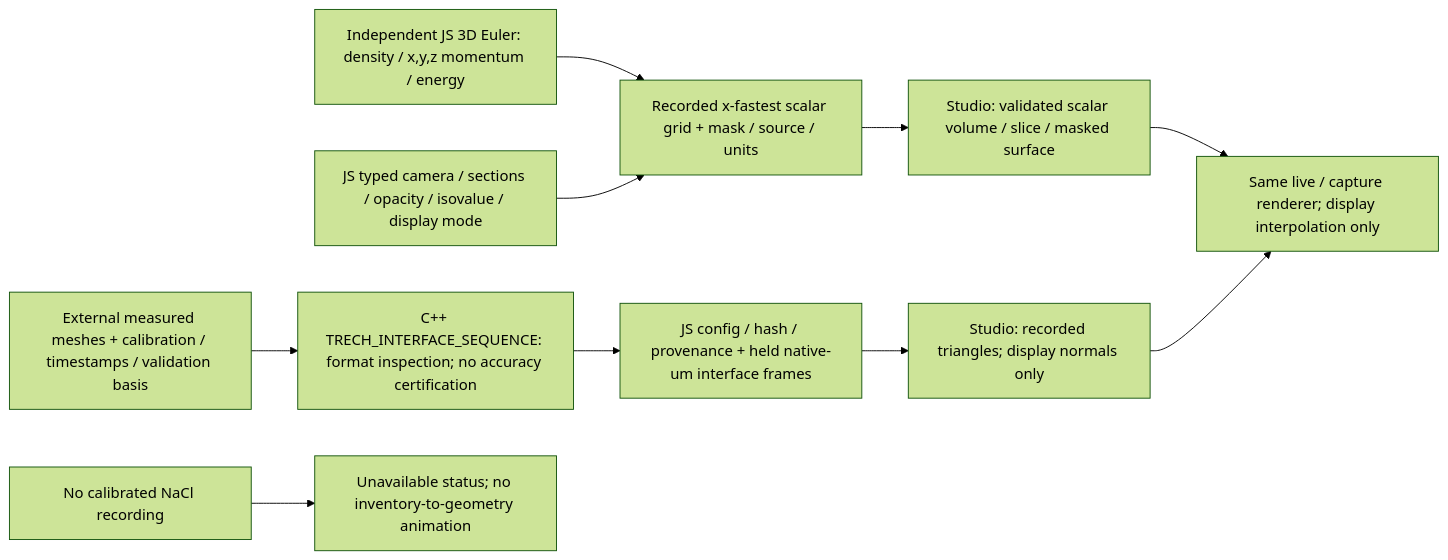
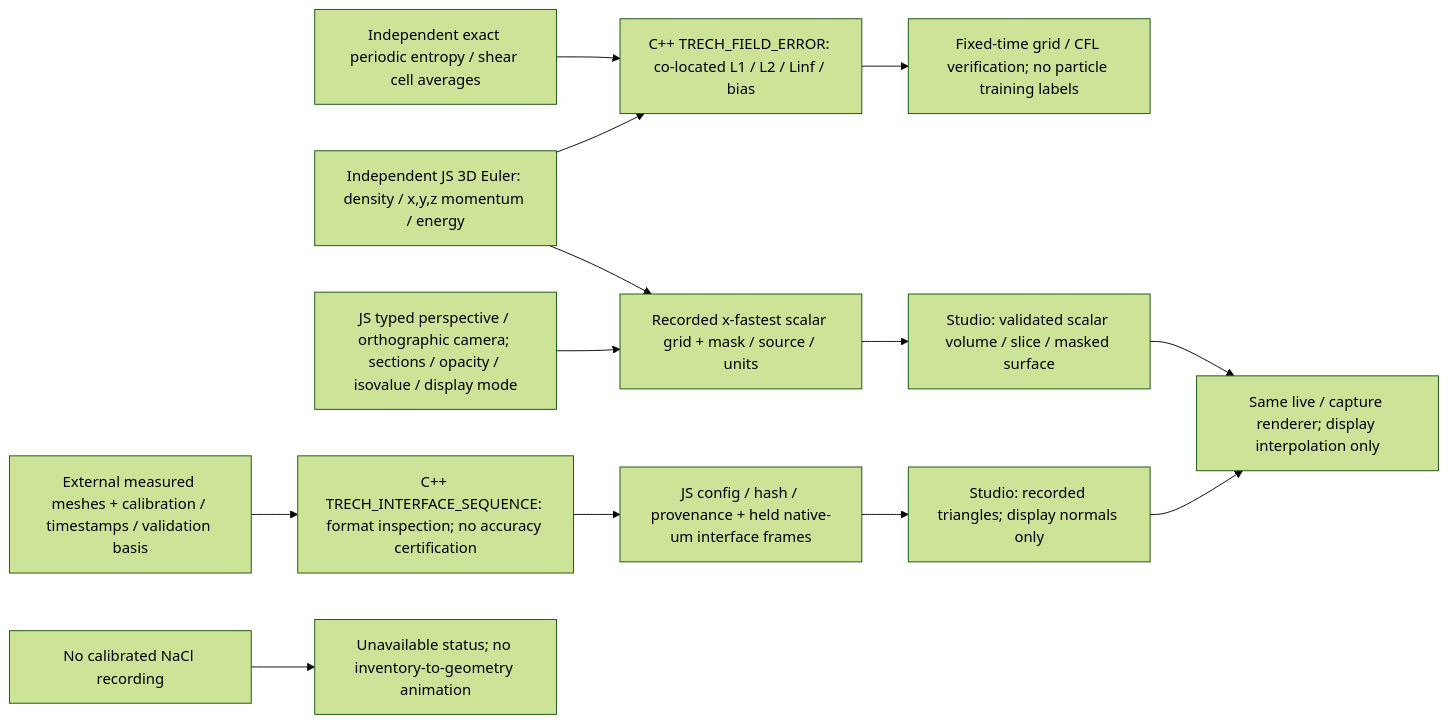
Diagram 40 of 40 in CHARTS.md (Geckos-Ink/trech), drawn with Mermaid (forest theme) before and after one commit. The commit also changed 33 other files, not shown here.

````diff
--- a/CHARTS.md
+++ b/CHARTS.md
@@ -1098,12 +1098,15 @@
 ```mermaid
 flowchart LR
   I["External measured meshes + calibration / timestamps / validation basis"] --> C["C++ TRECH_INTERFACE_SEQUENCE: format inspection; no accuracy certification"]
   C --> J["JS config / hash / provenance + held native-um interface frames"]
   P["Independent JS 3D Euler: density / x,y,z momentum / energy"] --> G["Recorded x-fastest scalar grid + mask / source / units"]
-  V["JS typed camera / sections / opacity / isovalue / display mode"] --> G
+  A["Independent exact periodic entropy / shear cell averages"] --> Q["C++ TRECH_FIELD_ERROR: co-located L1 / L2 / Linf / bias"]
+  P --> Q
+  Q --> T["Fixed-time grid / CFL verification; no particle training labels"]
+  V["JS typed perspective / orthographic camera; sections / opacity / isovalue / display mode"] --> G
   J --> S["Studio: recorded triangles; display normals only"]
   G --> R["Studio: validated scalar volume / slice / masked surface"]
   R --> E["Same live / capture renderer; display interpolation only"]
   S --> E
   N["No calibrated NaCl recording"] --> B["Unavailable status; no inventory-to-geometry animation"]
 ```
````
